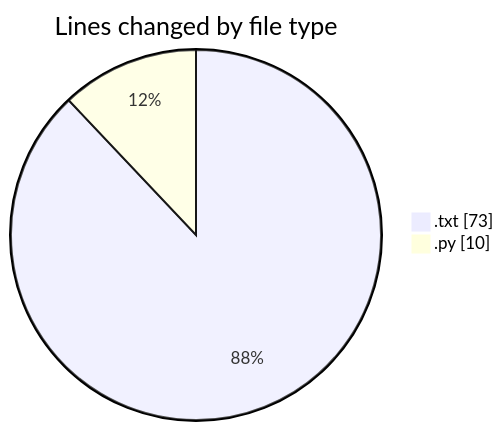
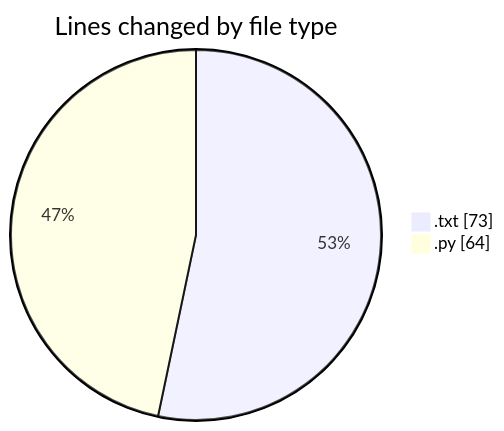
Before and after one commit to lephambinh05/code-tracking: the first of 2 diagrams in 2025-07-13/lab8/README.md, drawn with Mermaid. The commit also changed other lines of this file and 1 other file, not shown here.

````diff
--- a/2025-07-13/lab8/README.md
+++ b/2025-07-13/lab8/README.md
@@ -21,6 +21,6 @@
 ```mermaid
 pie showData
 title Lines changed by file type
 ".txt" : 73
-".py" : 10
+".py" : 64
 ```
````
